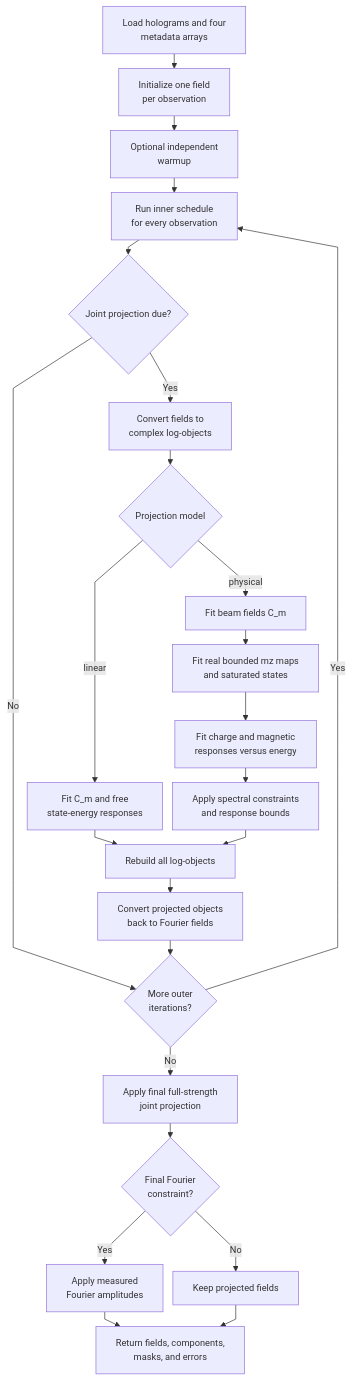
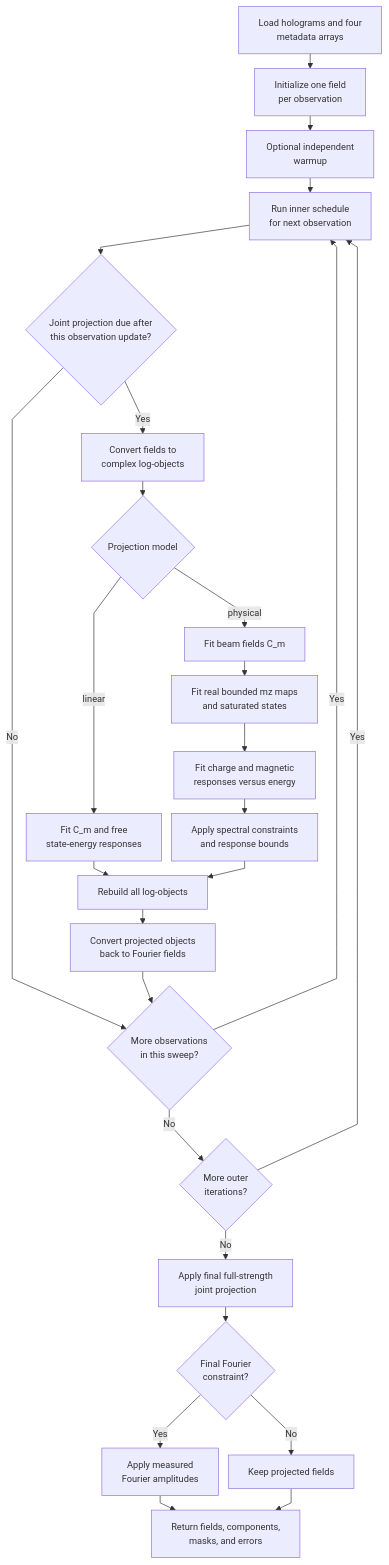
One commit to riccbatt/FTH-Phase-Retrieval-2609-SOLEIL-SEXTANTS changed the seventh of 7 diagrams in docs/phase_retrieval_libraries.md. Above: the diagram before and after it, drawn with Mermaid. The commit also changed other lines of this file and 15 other files, not shown here.

````diff
--- a/docs/phase_retrieval_libraries.md
+++ b/docs/phase_retrieval_libraries.md
@@ -1991,27 +2026,29 @@
 ```mermaid
 %%{init: {"flowchart": {"nodeSpacing": 15, "rankSpacing": 22, "curve": "linear"}, "themeVariables": {"fontSize": "14px"}}}%%
 flowchart TD
     A[Load holograms and four<br/>metadata arrays] --> B[Initialize one field<br/>per observation]
     B --> C[Optional independent<br/>warmup]
-    C --> D[Run inner schedule<br/>for every observation]
-    D --> E{Joint projection due?}
-    E -- No --> K{More outer<br/>iterations?}
+    C --> D[Run inner schedule<br/>for next observation]
+    D --> E{Joint projection due after<br/>this observation update?}
+    E -- No --> U{More observations<br/>in this sweep?}
     E -- Yes --> F[Convert fields to<br/>complex log-objects]
     F --> G{Projection model}
     G -- linear --> H[Fit C_m and free<br/>state-energy responses]
     G -- physical --> I[Fit beam fields C_m]
     I --> J[Fit real bounded mz maps<br/>and saturated states]
     J --> L[Fit charge and magnetic<br/>responses versus energy]
     L --> S[Apply spectral constraints<br/>and response bounds]
     H --> T[Rebuild all log-objects]
     S --> T
     T --> M[Convert projected objects<br/>back to Fourier fields]
-    M --> K
+    M --> U
+    U -- Yes --> D
+    U -- No --> K{More outer<br/>iterations?}
     K -- Yes --> D
     K -- No --> N[Apply final full-strength<br/>joint projection]
     N --> O{Final Fourier<br/>constraint?}
     O -- Yes --> P[Apply measured<br/>Fourier amplitudes]
     O -- No --> Q[Keep projected fields]
     P --> R[Return fields, components,<br/>masks, and errors]
     Q --> R
 ```
````
